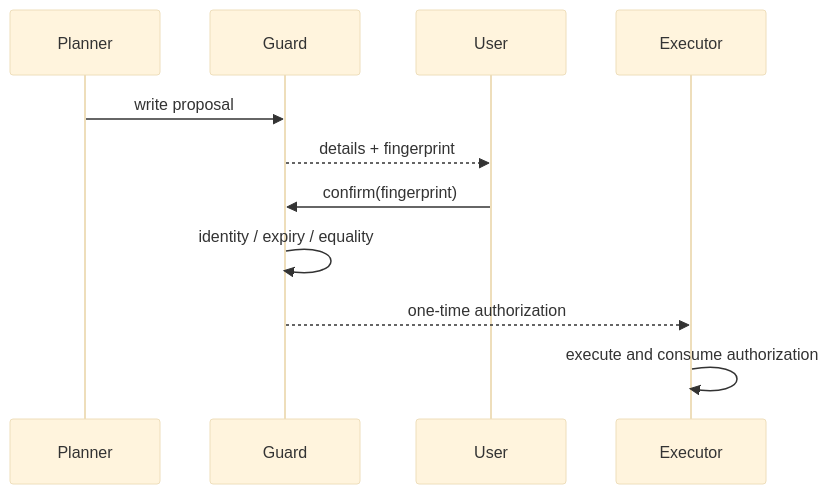
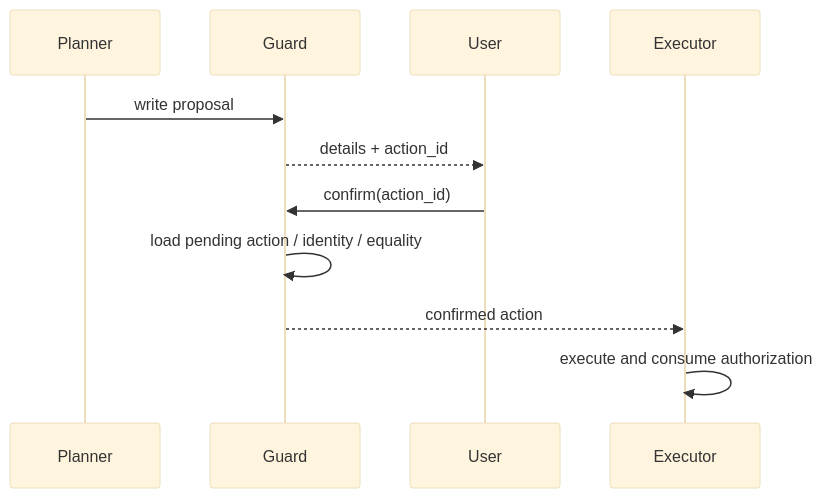
The second of 2 diagrams in docs/agent-course/05-policy-hitl.md (cogniverse-thinkplex/ecommerce-agent), drawn with Mermaid (base theme) before and after one commit. The commit also changed other lines of this file and 8 other files, not shown here.

````diff
--- a/docs/agent-course/05-policy-hitl.md
+++ b/docs/agent-course/05-policy-hitl.md
@@ -87,13 +87,13 @@
 ```mermaid
 sequenceDiagram
     participant P as Planner
     participant G as Guard
     participant U as User
     participant E as Executor
     P->>G: write proposal
-    G-->>U: details + fingerprint
-    U->>G: confirm(fingerprint)
-    G->>G: identity / expiry / equality
-    G-->>E: one-time authorization
+    G-->>U: details + action_id
+    U->>G: confirm(action_id)
+    G->>G: load pending action / identity / equality
+    G-->>E: confirmed action
     E->>E: execute and consume authorization
 ```
````
